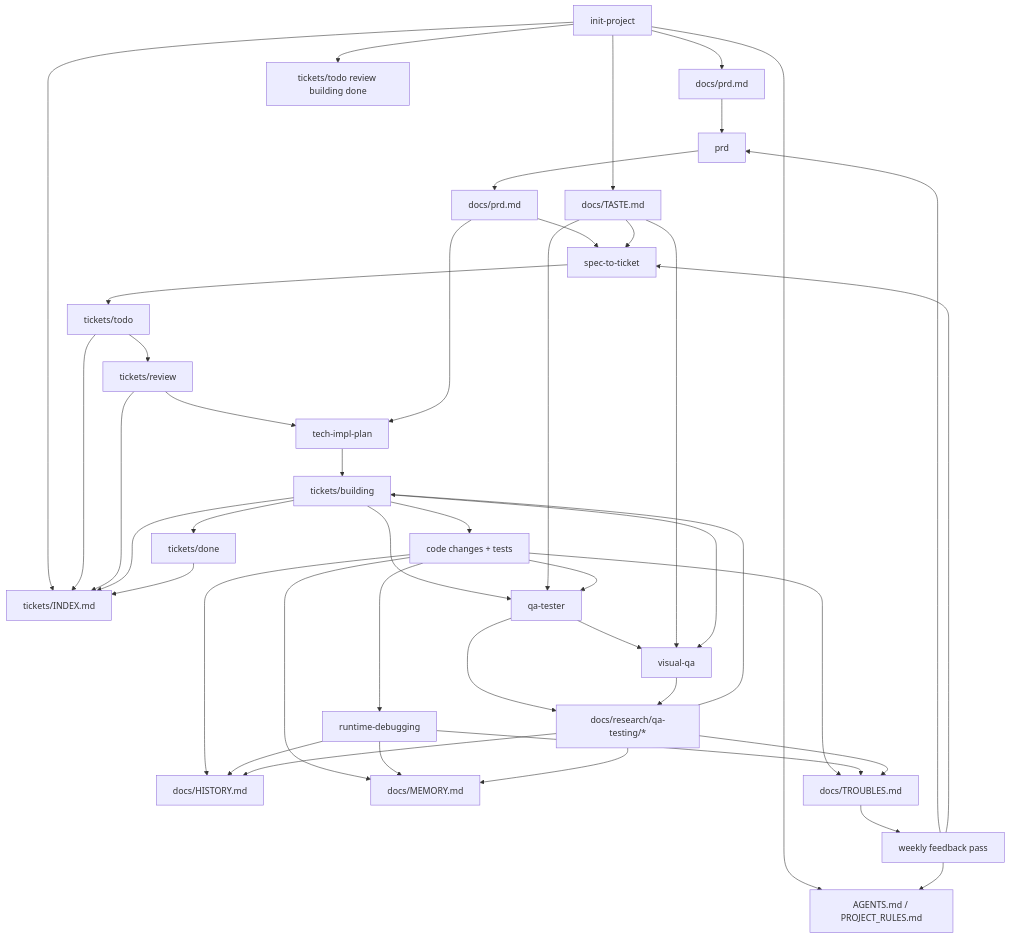
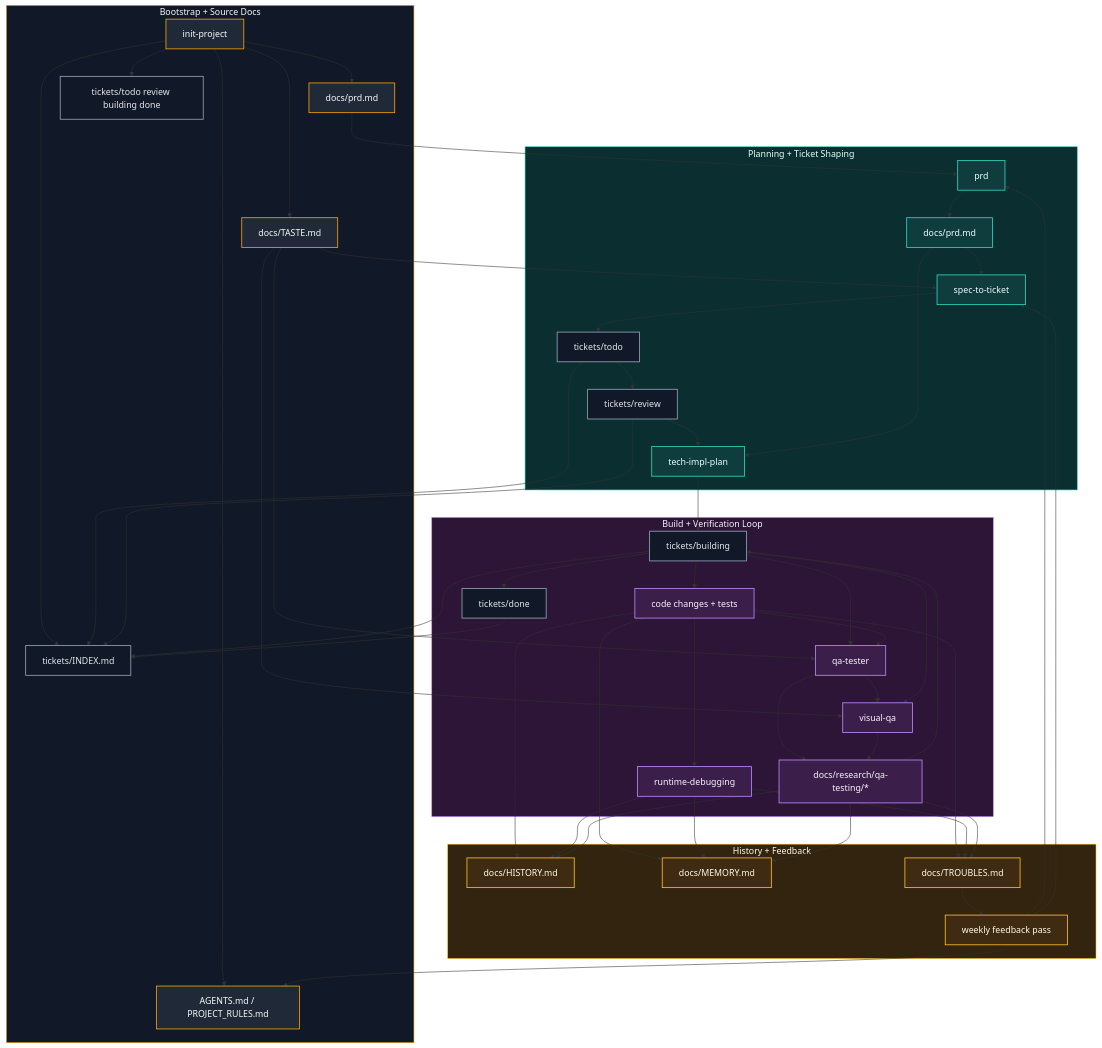
Before and after one commit to ZanarkandTechnologies/Gillfoy: the diagram in README.md, drawn with Mermaid. The commit also changed 3 other files, not shown here.

````diff
--- a/README.md
+++ b/README.md
@@ -13,52 +13,104 @@
 ```mermaid
 flowchart TD
-    A[init-project] --> B[docs/prd.md]
-    A --> C[docs/TASTE.md]
-    A --> D[AGENTS.md / PROJECT_RULES.md]
-    A --> T[tickets/todo review building done]
-    A --> IDX[tickets/INDEX.md]
+    subgraph BOOT["Bootstrap + Source Docs"]
+        A[init-project]
+        B[docs/prd.md]
+        C[docs/TASTE.md]
+        D[AGENTS.md / PROJECT_RULES.md]
+        T[tickets/todo review building done]
+        IDX[tickets/INDEX.md]
+    end
 
-    B --> E[prd]
-    E --> F[docs/prd.md]
-    F --> G[spec-to-ticket]
+    subgraph PLAN["Planning + Ticket Shaping"]
+        E[prd]
+        F[docs/prd.md]
+        G[spec-to-ticket]
+        H[tickets/todo]
+        R[tickets/review]
+        I[tech-impl-plan]
+    end
+
+    subgraph BUILD["Build + Verification Loop"]
+        BLD[tickets/building]
+        K[code changes + tests]
+        L[qa-tester]
+        M[visual-qa]
+        N[runtime-debugging]
+        O[docs/research/qa-testing/*]
+        DN[tickets/done]
+    end
+
+    subgraph LEARN["History + Feedback"]
+        P[docs/HISTORY.md]
+        Q[docs/MEMORY.md]
+        TR[docs/TROUBLES.md]
+        FB[weekly feedback pass]
+    end
+
+    A --> B
+    A --> C
+    A --> D
+    A --> T
+    A --> IDX
+
+    B --> E
+    E --> F
+    F --> G
     C --> G
-    G --> H[tickets/todo]
+    G --> H
 
-    H --> R[tickets/review]
-    R --> I[tech-impl-plan]
+    H --> R
+    R --> I
     F --> I
-    I --> BLD[tickets/building]
+    I --> BLD
     H --> IDX
     R --> IDX
     BLD --> IDX
-    DN[tickets/done] --> IDX
+    DN --> IDX
 
-    BLD --> K[code changes + tests]
-    BLD --> L[qa-tester]
+    BLD --> K
+    BLD --> L
     C --> L
-    L --> M[visual-qa]
+    L --> M
     C --> M
     BLD --> M
 
     K --> L
-    K --> N[runtime-debugging]
+    K --> N
 
-    L --> O[docs/research/qa-testing/*]
+    L --> O
     M --> O
     O --> BLD
-    BLD --> DN[tickets/done]
+    BLD --> DN
 
-    K --> P[docs/HISTORY.md]
-    K --> Q[docs/MEMORY.md]
-    K --> TR[docs/TROUBLES.md]
+    K --> P
+    K --> Q
+    K --> TR
     N --> P
     N --> Q
     N --> TR
     O --> P
     O --> Q
     O --> TR
-    TR --> FB[weekly feedback pass]
+    TR --> FB
     FB --> D
     FB --> E
     FB --> G
+
+    classDef boot fill:#1f2937,stroke:#f59e0b,color:#f9fafb,stroke-width:1.5px;
+    classDef plan fill:#0f3d3e,stroke:#2dd4bf,color:#ecfeff,stroke-width:1.5px;
+    classDef build fill:#3b1f4a,stroke:#c084fc,color:#faf5ff,stroke-width:1.5px;
+    classDef learn fill:#3f2a12,stroke:#fbbf24,color:#fffbeb,stroke-width:1.5px;
+    classDef board fill:#111827,stroke:#94a3b8,color:#e5e7eb,stroke-width:1.5px;
+
+    class A,B,C,D boot;
+    class E,F,G,I plan;
+    class K,L,M,N,O build;
+    class P,Q,TR,FB learn;
+    class T,IDX,H,R,BLD,DN board;
+
+    style BOOT fill:#111827,stroke:#f59e0b,stroke-width:1px,color:#f9fafb
+    style PLAN fill:#0b2f31,stroke:#2dd4bf,stroke-width:1px,color:#ecfeff
+    style BUILD fill:#2c1537,stroke:#c084fc,stroke-width:1px,color:#faf5ff
+    style LEARN fill:#33240f,stroke:#fbbf24,stroke-width:1px,color:#fffbeb
 ```
````
